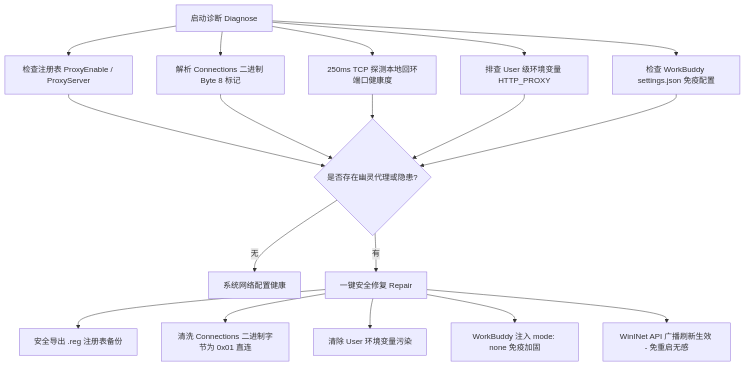
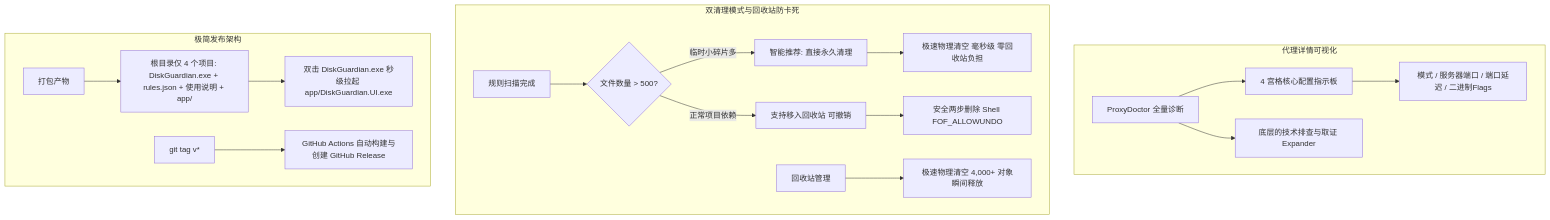
One commit to HMuSeaB/disk-guardian changed the diagram in .antigravity_docs/walkthroughs/walkthrough.md. Above: the diagram before and after it, drawn with Mermaid. The commit also changed other lines of this file and 18 other files, not shown here.

````diff
--- a/.antigravity_docs/walkthroughs/walkthrough.md
+++ b/.antigravity_docs/walkthroughs/walkthrough.md
@@ -14,18 +15,23 @@
 ```mermaid
 graph TD
-    A[启动诊断 Diagnose] --> B[检查注册表 ProxyEnable / ProxyServer]
-    A --> C[解析 Connections 二进制 Byte 8 标记]
-    A --> D[250ms TCP 探测本地回环端口健康度]
-    A --> E[排查 User 级环境变量 HTTP_PROXY]
-    A --> F[检查 WorkBuddy settings.json 免疫配置]
-    
-    B & C & D & E & F --> G{是否存在幽灵代理或隐患?}
-    G -- 无 --> H[系统网络配置健康]
-    G -- 有 --> I[一键安全修复 Repair]
-    
-    I --> J[安全导出 .reg 注册表备份]
-    I --> K[清洗 Connections 二进制字节为 0x01 直连]
-    I --> L[清除 User 环境变量污染]
-    I --> M[WorkBuddy 注入 mode: none 免疫加固]
-    I --> N[WinINet API 广播刷新生效 - 免重启无感]
+    subgraph 代理详情可视化
+        A[ProxyDoctor 全量诊断] --> B[4 宫格核心配置指示板]
+        A --> C[底层的技术排查与取证 Expander]
+        B --> D[模式 / 服务器端口 / 端口延迟 / 二进制Flags]
+    end
+
+    subgraph 双清理模式与回收站防卡死
+        E[规则扫描完成] --> F{文件数量 > 500?}
+        F -- 临时小碎片多 --> G[智能推荐: 直接永久清理]
+        F -- 正常项目依赖 --> H[支持移入回收站 可撤销]
+        G --> I[极速物理清空 毫秒级 零回收站负担]
+        H --> J[安全两步删除 Shell FOF_ALLOWUNDO]
+        K[回收站管理] --> L[极速物理清空 4,000+ 对象瞬间释放]
+    end
+
+    subgraph 极简发布架构
+        M[打包产物] --> N[根目录仅 4 个项目: DiskGuardian.exe + rules.json + 使用说明 + app/]
+        N --> O[双击 DiskGuardian.exe 秒级拉起 app/DiskGuardian.UI.exe]
+        P[git tag v*] --> Q[GitHub Actions 自动构建与创建 GitHub Release]
+    end
 ```
````
